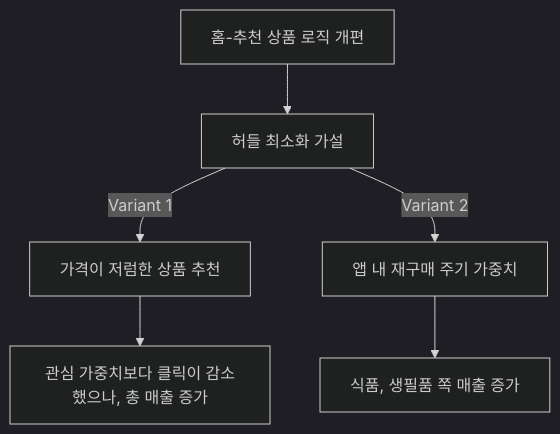
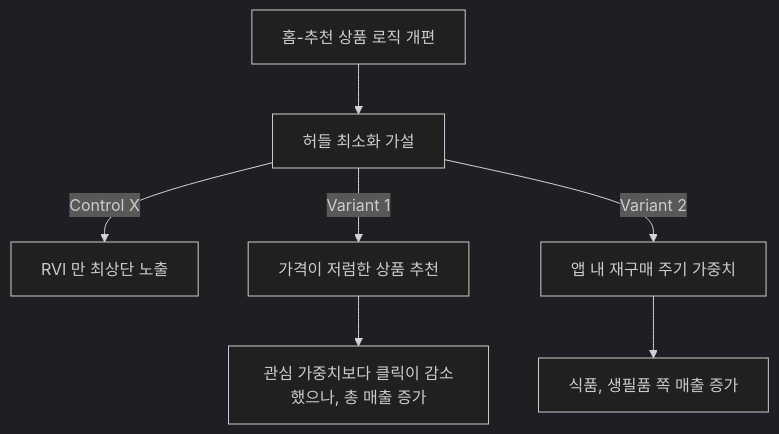
Before and after one commit to seopw28/vex: the diagram in 1_Anaysis_History/3_2_HM_Core.md, drawn with Mermaid (dark theme). The commit also changed 2 other files, not shown here.

Commit message:
analysis

````diff
--- a/1_Anaysis_History/3_2_HM_Core.md
+++ b/1_Anaysis_History/3_2_HM_Core.md
@@ -16,8 +16,9 @@
 ```mermaid
 flowchart TD
 
     a[홈-추천 상품 로직 개편] --> b[허들 최소화 가설]
+    b --> |Control X| e[RVI 만 최상단 노출] 
     b --> |Variant 1| c[가격이 저럼한 상품 추천] --> f[관심 가중치보다 클릭이 감소했으나, 총 매출 증가]
     b --> |Variant 2| d[앱 내 재구매 주기 가중치] --> g[식품, 생필품 쪽 매출 증가]
 
 ```
````
